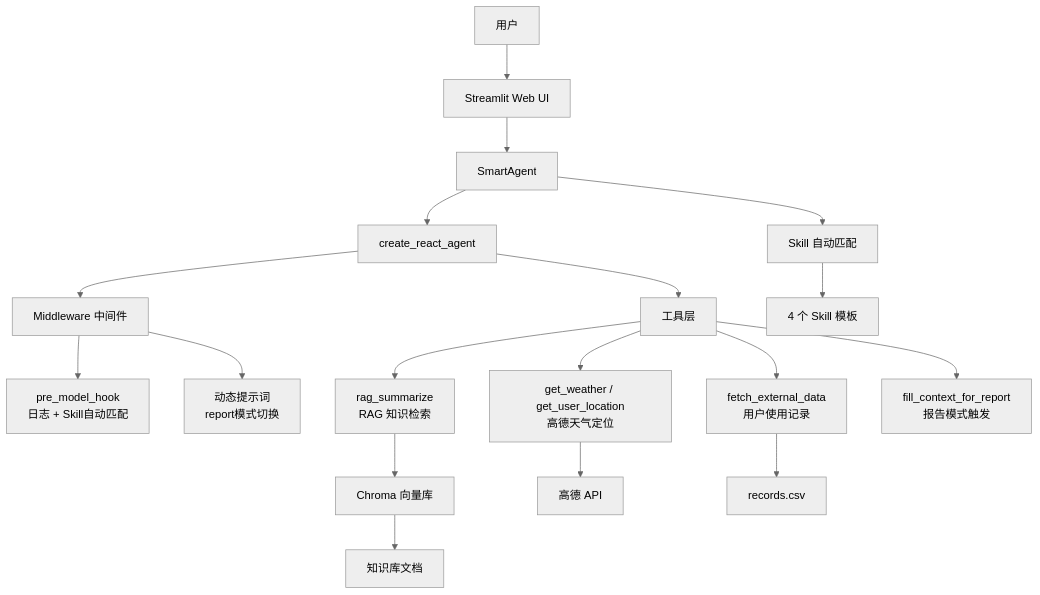
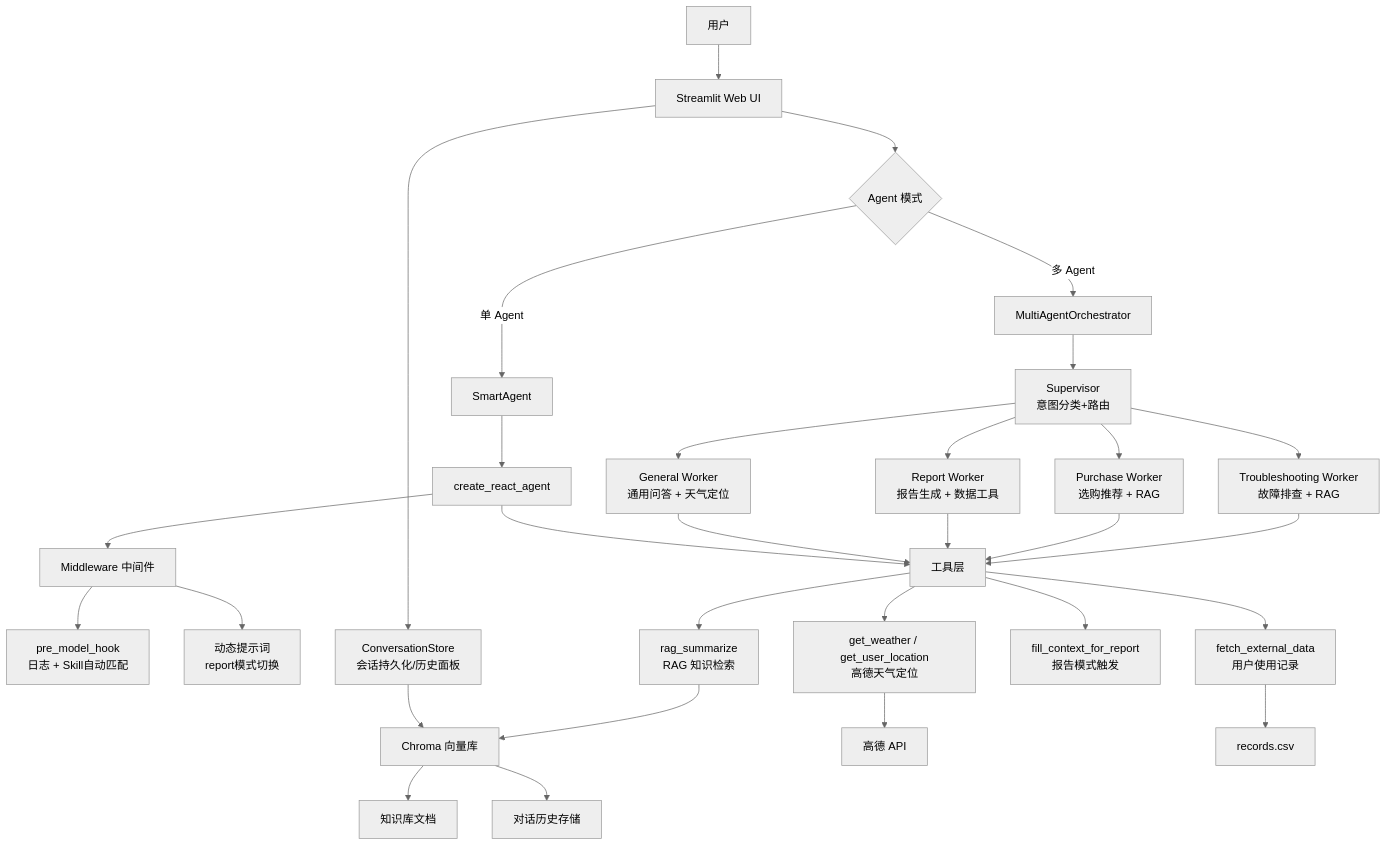
Before and after one commit to ShudiZhang/smart-sweeper-agent: the diagram in README.md, drawn with Mermaid (neutral theme). The commit also changed other lines of this file, not shown here.

````diff
--- a/README.md
+++ b/README.md
@@ -20,20 +23,28 @@
 ```mermaid
 graph TD
     A[用户] --> B[Streamlit Web UI]
-    B --> C[SmartAgent]
-    C --> D[create_react_agent]
-    D --> E[Middleware 中间件]
-    E --> F[pre_model_hook<br/>日志 + Skill自动匹配]
-    E --> G[动态提示词<br/>report模式切换]
-    D --> H[工具层]
-    H --> I[rag_summarize<br/>RAG 知识检索]
-    H --> J[get_weather / get_user_location<br/>高德天气定位]
-    H --> K[fetch_external_data<br/>用户使用记录]
-    H --> L[fill_context_for_report<br/>报告模式触发]
-    I --> M[Chroma 向量库]
-    M --> N[知识库文档]
-    J --> O[高德 API]
-    K --> P[records.csv]
-    C --> Q[Skill 自动匹配]
-    Q --> R[4 个 Skill 模板]
+    B --> C{Agent 模式}
+    C -->|多 Agent| D[MultiAgentOrchestrator]
+    C -->|单 Agent| E[SmartAgent]
+    D --> F[Supervisor<br/>意图分类+路由]
+    F --> G1[Troubleshooting Worker<br/>故障排查 + RAG]
+    F --> G2[Purchase Worker<br/>选购推荐 + RAG]
+    F --> G3[Report Worker<br/>报告生成 + 数据工具]
+    F --> G4[General Worker<br/>通用问答 + 天气定位]
+    E --> H[create_react_agent]
+    H --> I[Middleware 中间件]
+    I --> J[pre_model_hook<br/>日志 + Skill自动匹配]
+    I --> K[动态提示词<br/>report模式切换]
+    G1 & G2 & G3 & G4 & H --> L[工具层]
+    L --> M[rag_summarize<br/>RAG 知识检索]
+    L --> N[get_weather / get_user_location<br/>高德天气定位]
+    L --> O[fetch_external_data<br/>用户使用记录]
+    L --> P[fill_context_for_report<br/>报告模式触发]
+    M --> Q[Chroma 向量库]
+    Q --> R[知识库文档]
+    Q --> S[对话历史存储]
+    N --> T[高德 API]
+    O --> U[records.csv]
+    B --> V[ConversationStore<br/>会话持久化/历史面板]
+    V --> Q
 ```
````
